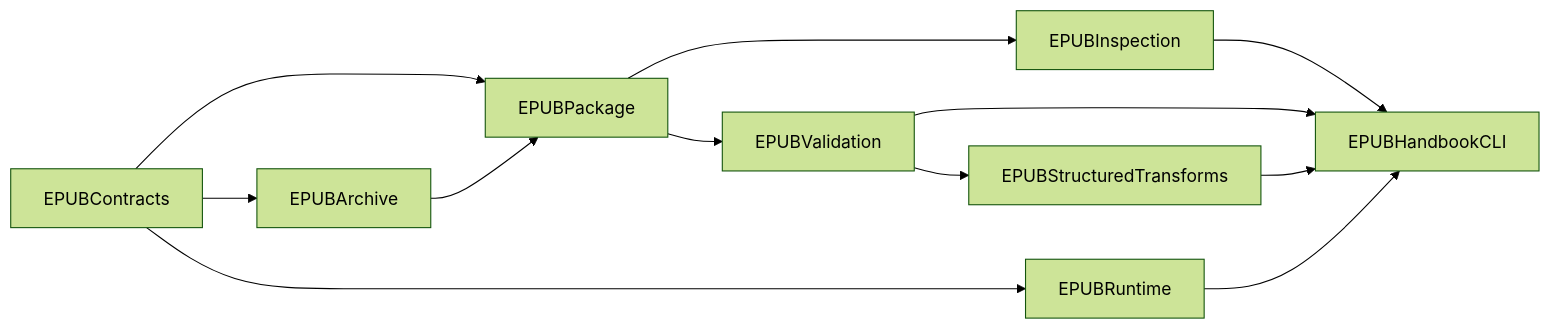
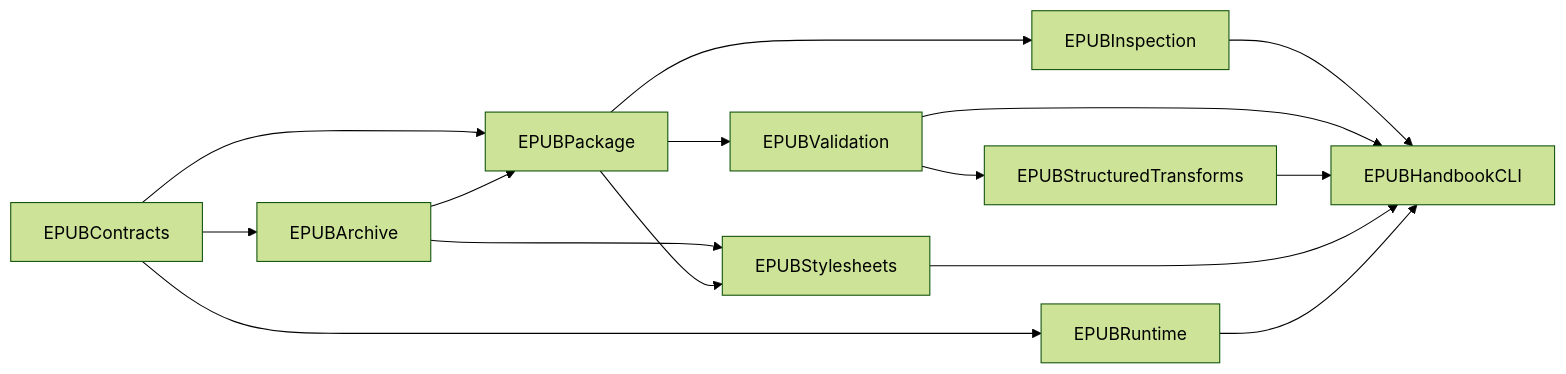
Before and after one commit to liyafly/epub-handbook: the diagram in docs/plans/2026-06-20-swift-core-macos-gui-plan.md, drawn with Mermaid (forest theme). The commit also changed other lines of this file and 7 other files, not shown here.

````diff
--- a/docs/plans/2026-06-20-swift-core-macos-gui-plan.md
+++ b/docs/plans/2026-06-20-swift-core-macos-gui-plan.md
@@ -71,14 +72,17 @@
 ```mermaid
 flowchart LR
     C[EPUBContracts] --> A[EPUBArchive]
     C --> P[EPUBPackage]
     A --> P
     P --> I[EPUBInspection]
     P --> V[EPUBValidation]
+    A --> S[EPUBStylesheets]
+    P --> S
     V --> T[EPUBStructuredTransforms]
     C --> R[EPUBRuntime]
     I --> CLI[EPUBHandbookCLI]
     V --> CLI
     T --> CLI
+    S --> CLI
     R --> CLI
 ```
````
